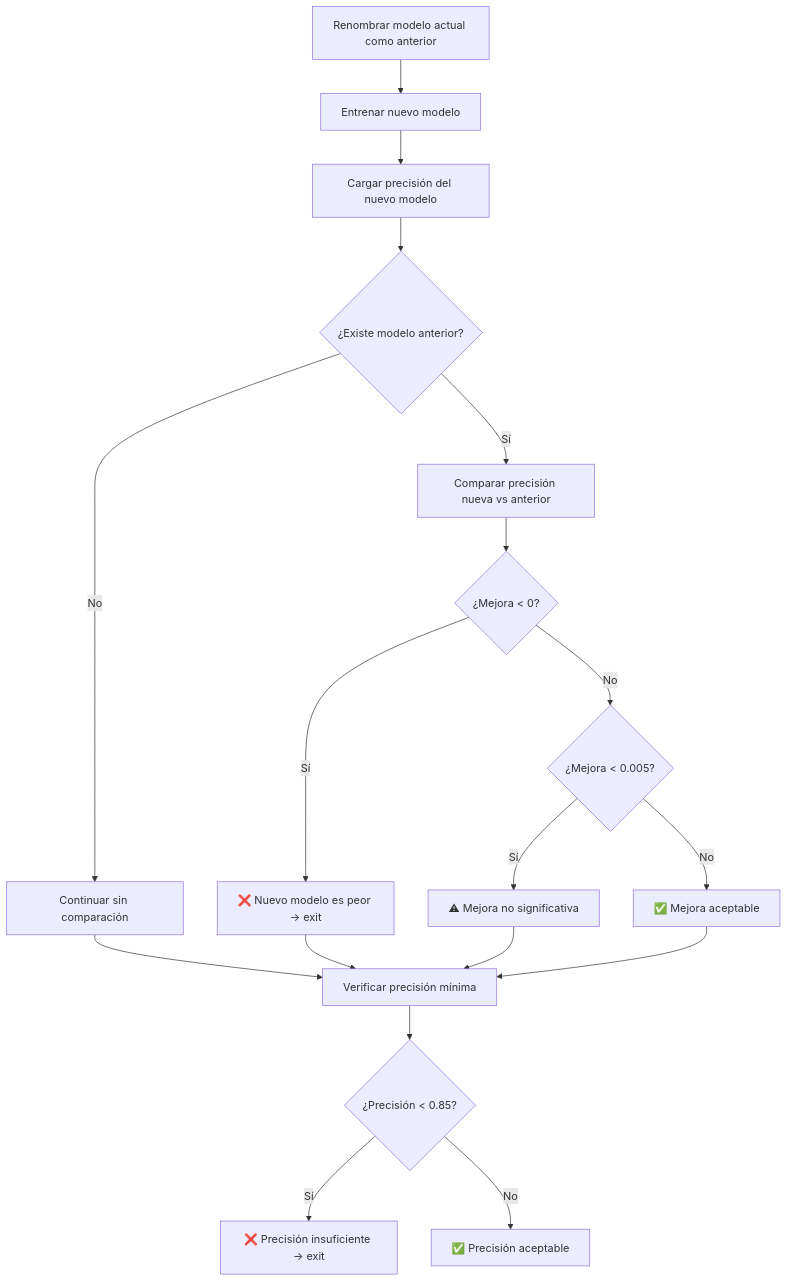
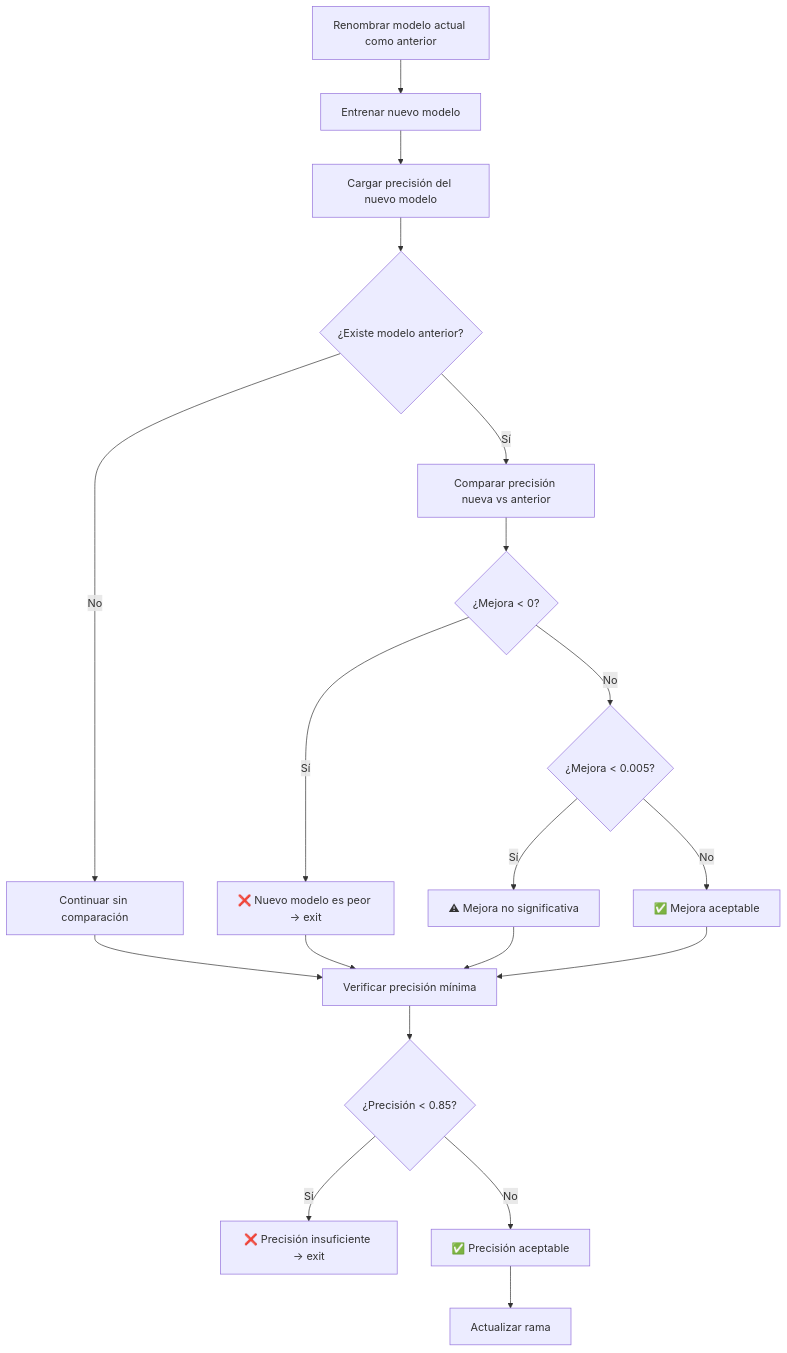
One commit to miguelhzuniga/mlops-repo changed the diagram in Taller_CICD/README.md. Above: the diagram before and after it, drawn with Mermaid. The commit also changed other lines of this file and 2 other files, not shown here.

````diff
--- a/Taller_CICD/README.md
+++ b/Taller_CICD/README.md
@@ -174,24 +182,24 @@
 ```mermaid
 flowchart TD
     A[Renombrar modelo actual como anterior] --> B[Entrenar nuevo modelo]
     B --> C[Cargar precisión del nuevo modelo]
     C --> D{¿Existe modelo anterior?}
     D -- Sí --> E[Comparar precisión nueva vs anterior]
     D -- No --> F[Continuar sin comparación]
 
     E --> G{¿Mejora < 0?}
     G -- Sí --> H[❌ Nuevo modelo es peor → exit]
     G -- No --> I{¿Mejora < 0.005?}
     I -- Sí --> J[⚠ Mejora no significativa]
     I -- No --> K[✅ Mejora aceptable]
 
     F --> L[Verificar precisión mínima]
     H --> L
     J --> L
     K --> L
 
     L --> M{¿Precisión < 0.85?}
     M -- Sí --> N[❌ Precisión insuficiente → exit]
     M -- No --> O[✅ Precisión aceptable]
-
+    O --> P[Actualizar rama]
 ```
````
